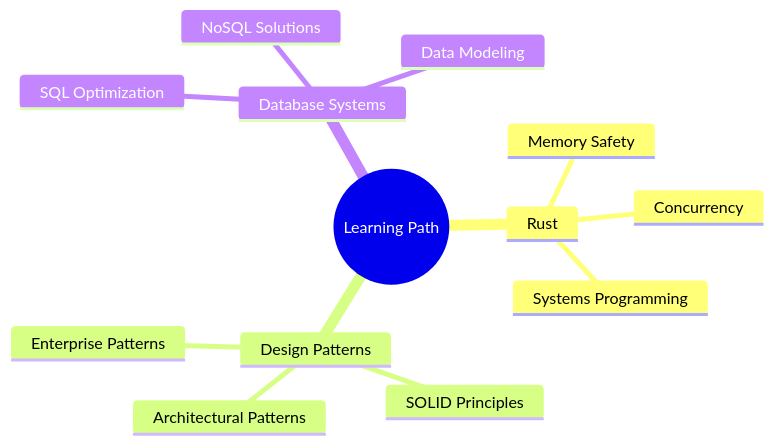
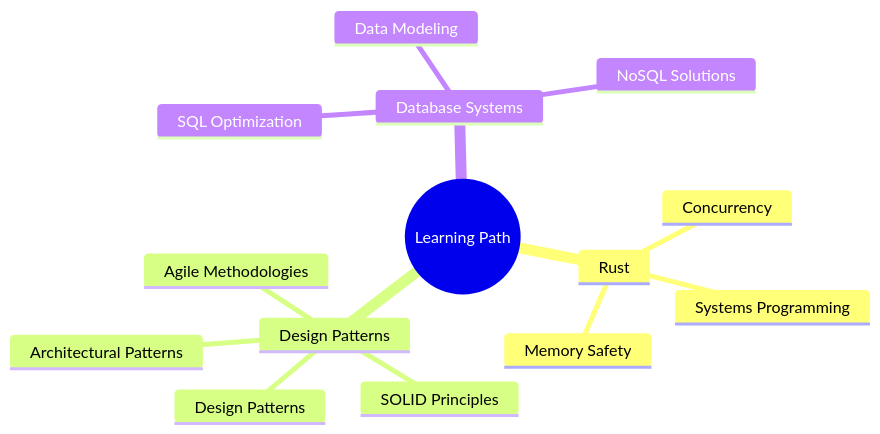
Before and after one commit to joseslavkis/joseslavkis: the diagram in README.md, drawn with Mermaid. The commit also changed other lines of this file, not shown here.

````diff
--- a/README.md
+++ b/README.md
@@ -101,16 +100,17 @@
 ```mermaid
 mindmap
   root((Learning Path))
     Rust
       Memory Safety
       Concurrency
       Systems Programming
     Design Patterns
       Architectural Patterns
       SOLID Principles
-      Enterprise Patterns
+      Design Patterns
+      Agile Methodologies
     Database Systems
       SQL Optimization
       NoSQL Solutions
       Data Modeling
 ```
````
